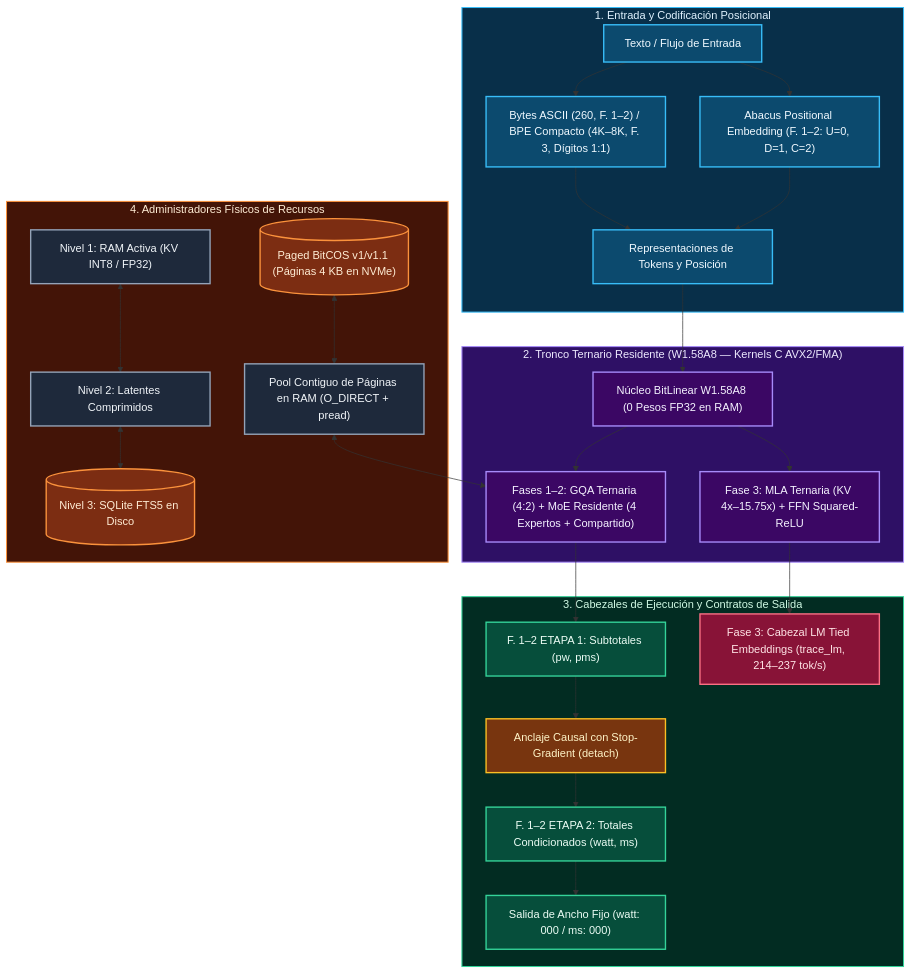
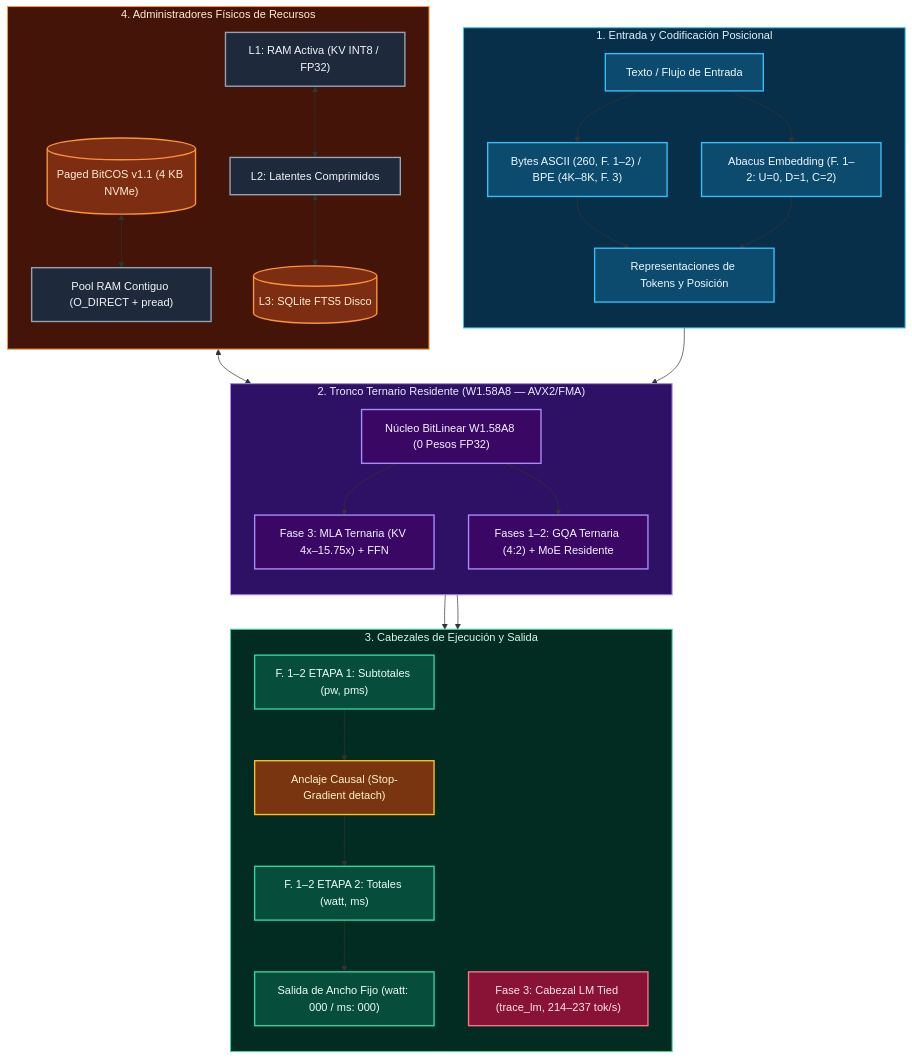
One commit to Miguel19x/Basic-Lite-TRACE changed the diagram in README.es.md. Above: the diagram before and after it, drawn with Mermaid. The commit also changed 1 other file, not shown here.

Commit message:
docs(readme): fix Mermaid subgraph edges and label sizing for GitHub renderer

````diff
--- a/README.es.md
+++ b/README.es.md
@@ -94,41 +94,65 @@
 ```mermaid
 flowchart TD
     subgraph InputStage ["1. Entrada y Codificación Posicional"]
-        RawBytes["Texto / Flujo de Entrada"]:::input --> BytePatch["Bytes ASCII (260, F. 1–2) / BPE Compacto (4K–8K, F. 3, Dígitos 1:1)"]:::input
-        RawBytes --> AbacusLayer["Abacus Positional Embedding (F. 1–2: U=0, D=1, C=2)"]:::input
-        BytePatch & AbacusLayer --> CombinedEmbed["Representaciones de Tokens y Posición"]:::input
-    end
-
-    subgraph CoreTernary ["2. Tronco Ternario Residente (W1.58A8 — Kernels C AVX2/FMA)"]
-        CombinedEmbed --> SharedCore["Núcleo BitLinear W1.58A8 (0 Pesos FP32 en RAM)"]:::core
-        SharedCore --> MLA["Fase 3: MLA Ternaria (KV 4x–15.75x) + FFN Squared-ReLU"]:::core
-        SharedCore --> PagedMoE["Fases 1–2: GQA Ternaria (4:2) + MoE Residente (4 Expertos + Compartido)"]:::core
-    end
-
-    subgraph TwoStageField ["3. Cabezales de Ejecución y Contratos de Salida"]
-        PagedMoE --> Stage1["F. 1–2 ETAPA 1: Subtotales (pw, pms)"]:::causal
-        Stage1 --> CausalAnchor["Anclaje Causal con Stop-Gradient (detach)"]:::gate
-        CausalAnchor --> Stage2["F. 1–2 ETAPA 2: Totales Condicionados (watt, ms)"]:::causal
-        Stage2 --> OutputBytes["Salida de Ancho Fijo (watt: 000 / ms: 000)"]:::causal
-        MLA --> LMHead["Fase 3: Cabezal LM Tied Embeddings (trace_lm, 214–237 tok/s)"]:::lm
+        direction TB
+        RawBytes["Texto / Flujo de Entrada"]:::input
+        BytePatch["Bytes ASCII (260, F. 1–2) / BPE (4K–8K, F. 3)"]:::input
+        AbacusLayer["Abacus Embedding (F. 1–2: U=0, D=1, C=2)"]:::input
+        CombinedEmbed["Representaciones de Tokens y Posición"]:::input
+        RawBytes --> BytePatch
+        RawBytes --> AbacusLayer
+        BytePatch --> CombinedEmbed
+        AbacusLayer --> CombinedEmbed
     end
 
     subgraph MemoryHierarchy ["4. Administradores Físicos de Recursos"]
-        PagedBitCOS[("Paged BitCOS v1/v1.1 (Páginas 4 KB en NVMe)")]:::storage <--> PagePool["Pool Contiguo de Páginas en RAM (O_DIRECT + pread)"]:::runtime
-        PagePool <--> PagedMoE
-        L1RAM["Nivel 1: RAM Activa (KV INT8 / FP32)"]:::runtime <--> L2Latent["Nivel 2: Latentes Comprimidos"]:::runtime <--> L3SQLite[("Nivel 3: SQLite FTS5 en Disco")]:::storage
+        direction TB
+        PagedBitCOS[("Paged BitCOS v1.1 (4 KB NVMe)")]:::storage
+        PagePool["Pool RAM Contiguo (O_DIRECT + pread)"]:::runtime
+        L1RAM["L1: RAM Activa (KV INT8 / FP32)"]:::runtime
+        L2Latent["L2: Latentes Comprimidos"]:::runtime
+        L3SQLite[("L3: SQLite FTS5 Disco")]:::storage
+        PagedBitCOS <--> PagePool
+        L1RAM <--> L2Latent
+        L2Latent <--> L3SQLite
     end
+
+    subgraph CoreTernary ["2. Tronco Ternario Residente (W1.58A8 — AVX2/FMA)"]
+        direction TB
+        SharedCore["Núcleo BitLinear W1.58A8 (0 Pesos FP32)"]:::core
+        MLA["Fase 3: MLA Ternaria (KV 4x–15.75x) + FFN"]:::core
+        PagedMoE["Fases 1–2: GQA Ternaria (4:2) + MoE Residente"]:::core
+        SharedCore --> MLA
+        SharedCore --> PagedMoE
+    end
+
+    subgraph TwoStageField ["3. Cabezales de Ejecución y Salida"]
+        direction TB
+        Stage1["F. 1–2 ETAPA 1: Subtotales (pw, pms)"]:::causal
+        CausalAnchor["Anclaje Causal (Stop-Gradient detach)"]:::gate
+        Stage2["F. 1–2 ETAPA 2: Totales (watt, ms)"]:::causal
+        OutputBytes["Salida de Ancho Fijo (watt: 000 / ms: 000)"]:::causal
+        LMHead["Fase 3: Cabezal LM Tied (trace_lm, 214–237 tok/s)"]:::lm
+        Stage1 --> CausalAnchor
+        CausalAnchor --> Stage2
+        Stage2 --> OutputBytes
+    end
+
+    CombinedEmbed --> SharedCore
+    PagePool <--> PagedMoE
+    PagedMoE --> Stage1
+    MLA --> LMHead
 
     classDef input fill:#0c4a6e,stroke:#38bdf8,stroke-width:2px,color:#f0f9ff
     classDef core fill:#3b0764,stroke:#a78bfa,stroke-width:2px,color:#f5f3ff
     classDef causal fill:#064e3b,stroke:#34d399,stroke-width:2px,color:#ecfdf5
     classDef gate fill:#78350f,stroke:#fbbf24,stroke-width:2px,color:#fef3c7
     classDef lm fill:#881337,stroke:#fb7185,stroke-width:2px,color:#ffe4e6
     classDef runtime fill:#1e293b,stroke:#94a3b8,stroke-width:2px,color:#f1f5f9
     classDef storage fill:#7c2d12,stroke:#fb923c,stroke-width:2px,color:#ffedd5
 
     style InputStage fill:#082f49,stroke:#38bdf8,stroke-width:1.5px,color:#e0f2fe
     style CoreTernary fill:#2e1065,stroke:#a78bfa,stroke-width:1.5px,color:#ede9fe
     style TwoStageField fill:#022c22,stroke:#34d399,stroke-width:1.5px,color:#d1fae5
     style MemoryHierarchy fill:#431407,stroke:#fb923c,stroke-width:1.5px,color:#ffedd5
 ```
````
